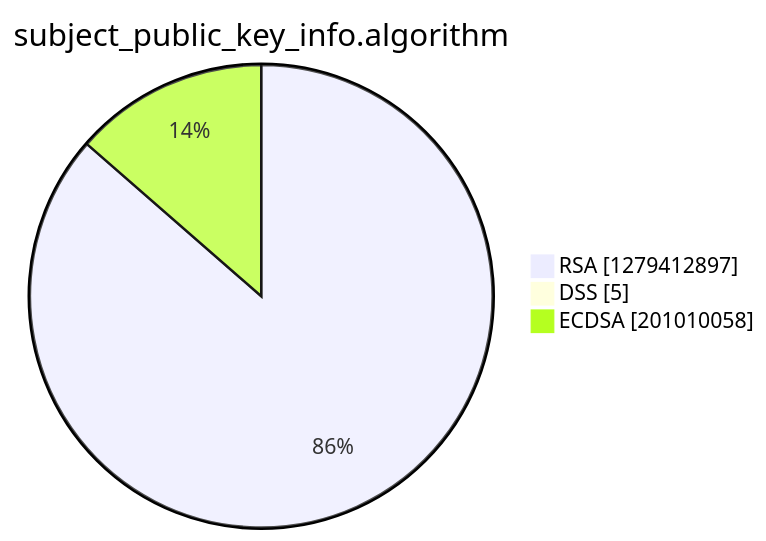
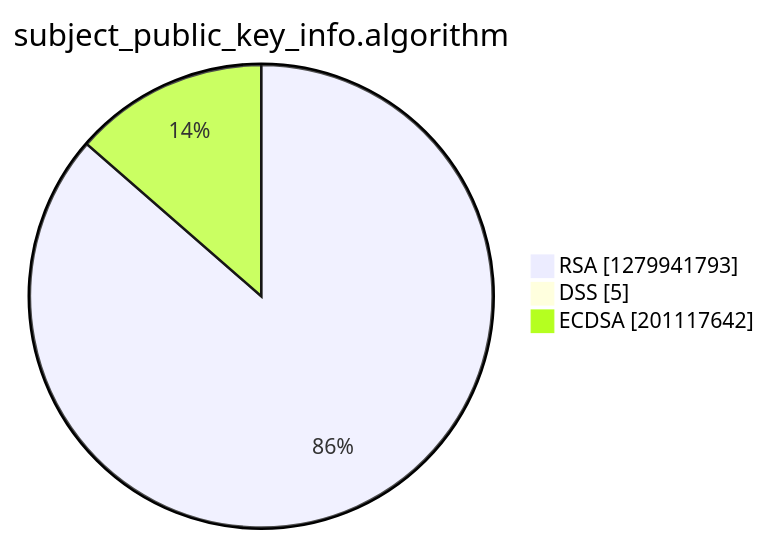
The third of 15 diagrams in argon2022/README.md (christiankrug/ctmonitor_visualization), drawn with Mermaid before and after one commit. The commit also changed other lines of this file, not shown here.

````diff
--- a/argon2022/README.md
+++ b/argon2022/README.md
@@ -14,7 +14,7 @@
 ```mermaid
 pie showData
 title subject_public_key_info.algorithm
-"RSA" :1279412897
+"RSA" :1279941793
 "DSS" :5
-"ECDSA" :201010058
+"ECDSA" :201117642
 ```
````
